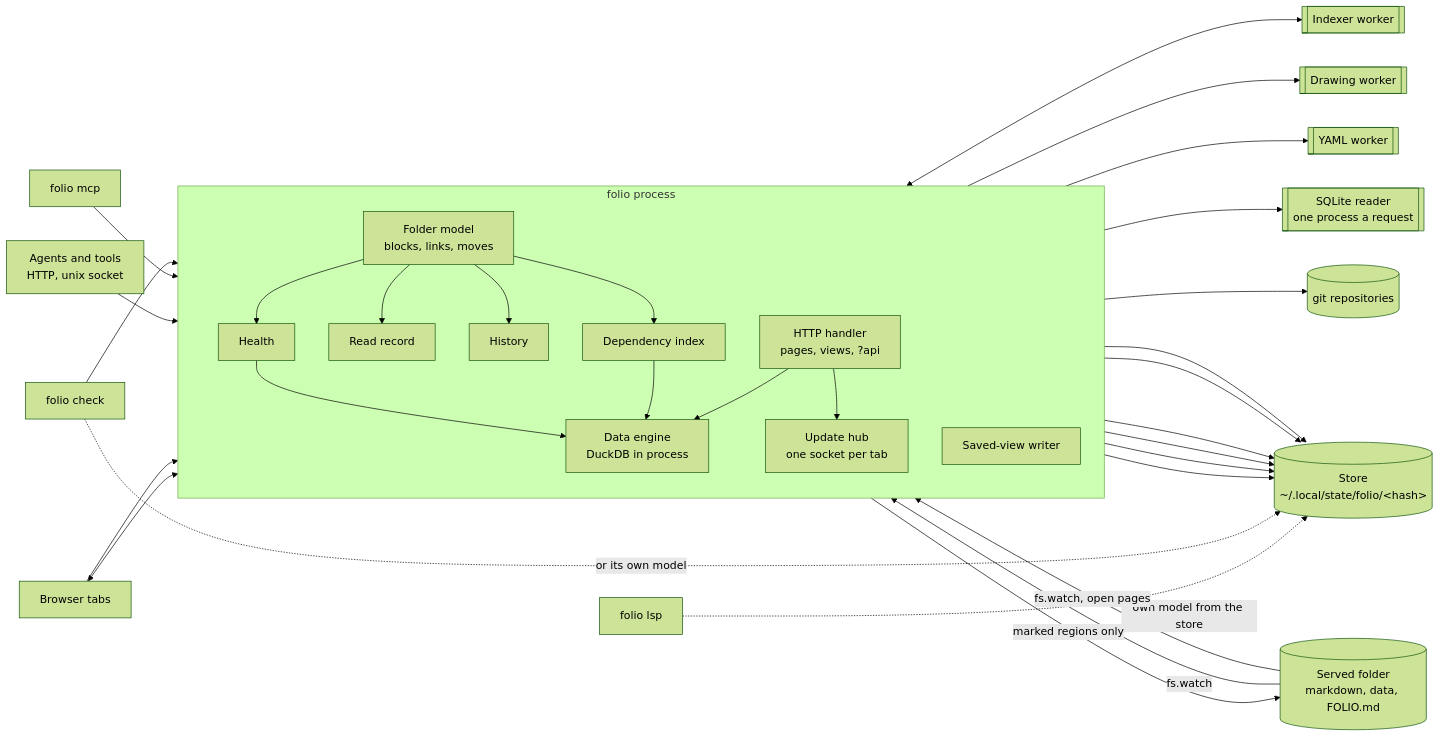
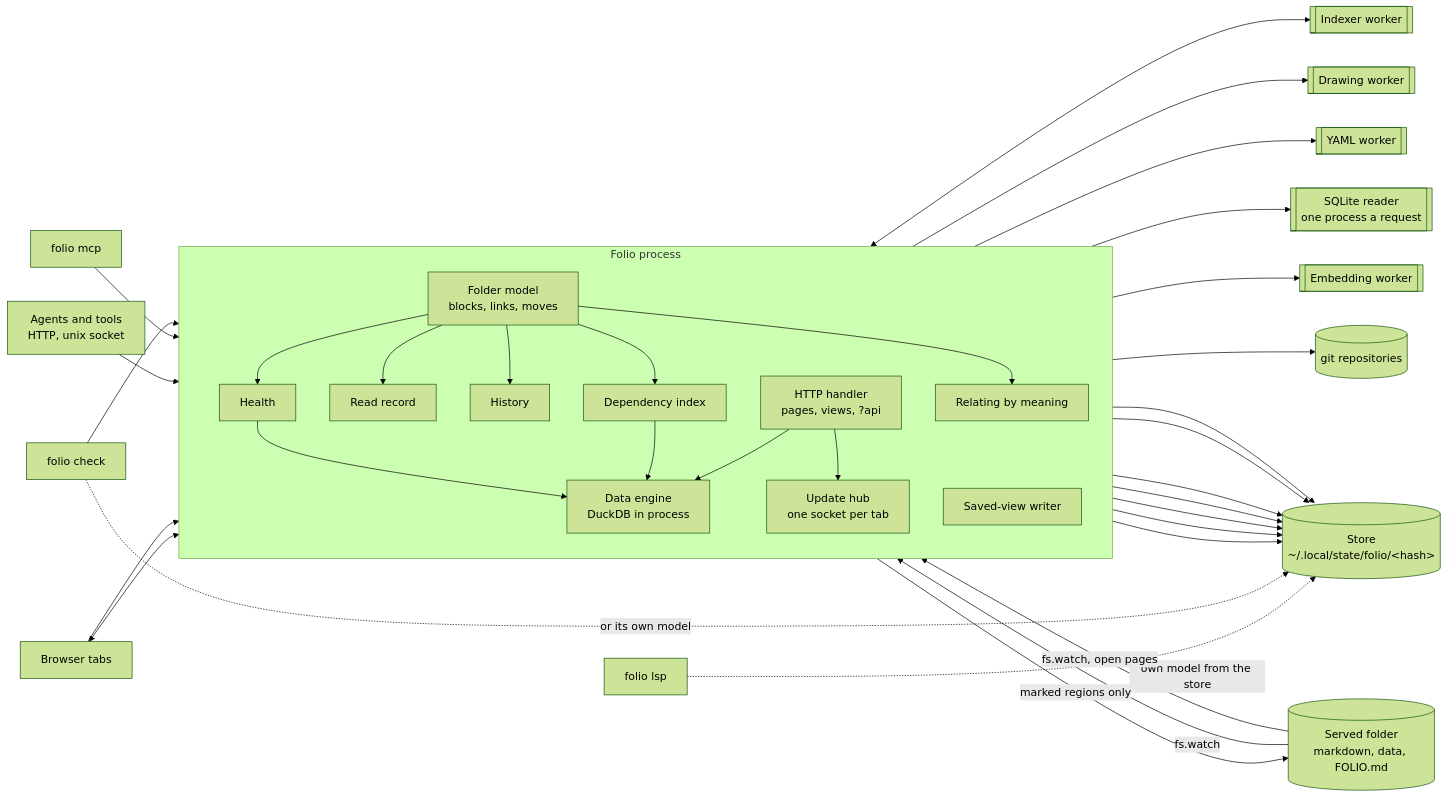
One commit to jakubro/folio changed the first of 4 diagrams in docs/architecture.md. Above: the diagram before and after it, drawn with Mermaid (forest theme). The commit also changed other lines of this file and 205 other files, not shown here.

````diff
--- a/docs/architecture.md
+++ b/docs/architecture.md
@@ -7,44 +7,47 @@
 ```mermaid
 flowchart LR
   F[("Served folder<br/>markdown, data, FOLIO.md")]
   G[("git repositories")]
   ST[("Store<br/>~/.local/state/folio/&lt;hash&gt;")]
 
-  subgraph P["folio process"]
+  subgraph P["Folio process"]
     direction TB
     HTTP["HTTP handler<br/>pages, views, ?api"]
     HUB["Update hub<br/>one socket per tab"]
     M["Folder model<br/>blocks, links, moves"]
     R["Read record"]
     HI["History"]
     HE["Health"]
     IM["Dependency index"]
     D["Data engine<br/>DuckDB in process"]
     SV["Saved-view writer"]
+    RB["Relating by meaning"]
   end
 
   IW[["Indexer worker"]]
   DW[["Drawing worker"]]
   YW[["YAML worker"]]
   SQ[["SQLite reader<br/>one process a request"]]
+  EW[["Embedding worker"]]
 
   F -- fs.watch --> M
   F -- fs.watch, open pages --> HUB
   M <--> IW
-  M --> R & HI & HE & IM
+  M --> R & HI & HE & IM & RB
   HE --> DW
   D --> YW & SQ
+  RB --> EW
   HE & IM & HTTP --> D
   HI --> G
-  M & R & HI & HE & D & SV --> ST
+  M & R & HI & HE & D & SV & RB --> ST
   SV -- marked regions only --> F
   HTTP --> HUB
 
   T["Browser tabs"] <--> HUB
   T --> HTTP
   A["Agents and tools<br/>HTTP, unix socket"] --> HTTP
   MCP["folio mcp"] --> HTTP
   LSP["folio lsp"] -. own model from the store .-> ST
   CHK["folio check"] --> HTTP
   CHK -. or its own model .-> ST
 ```
````
